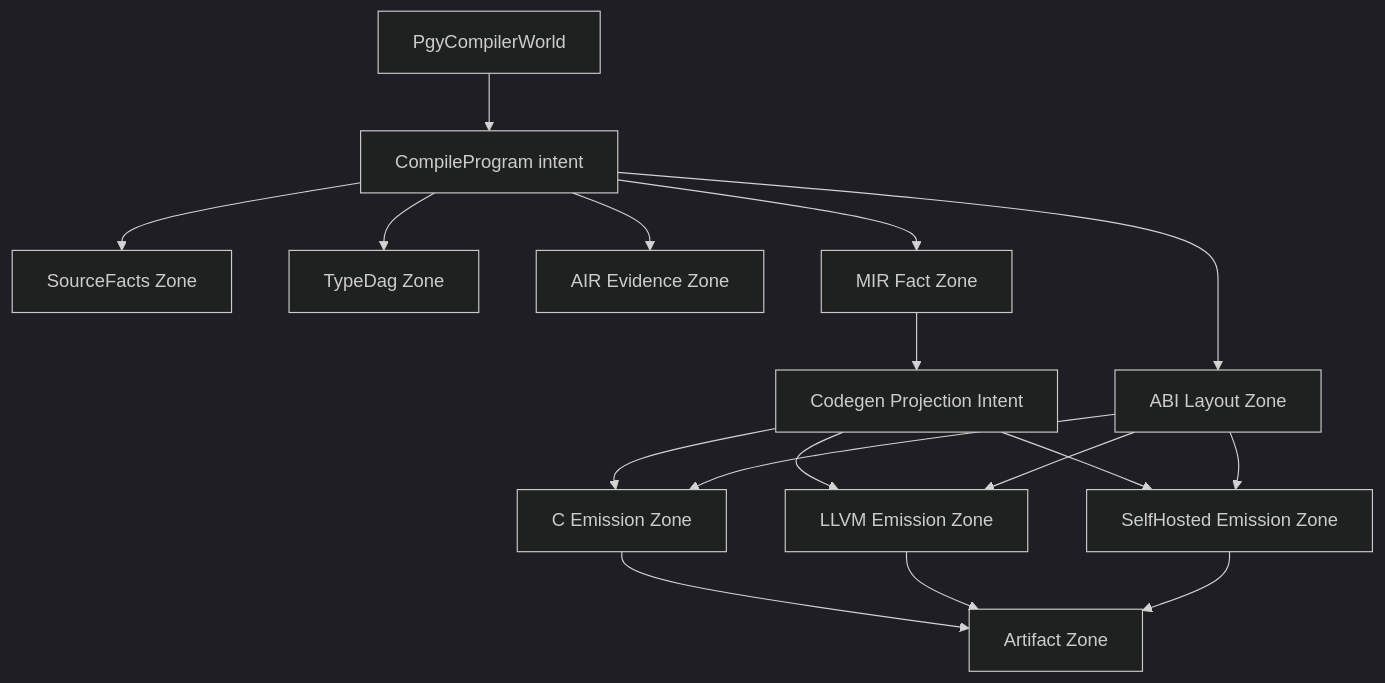
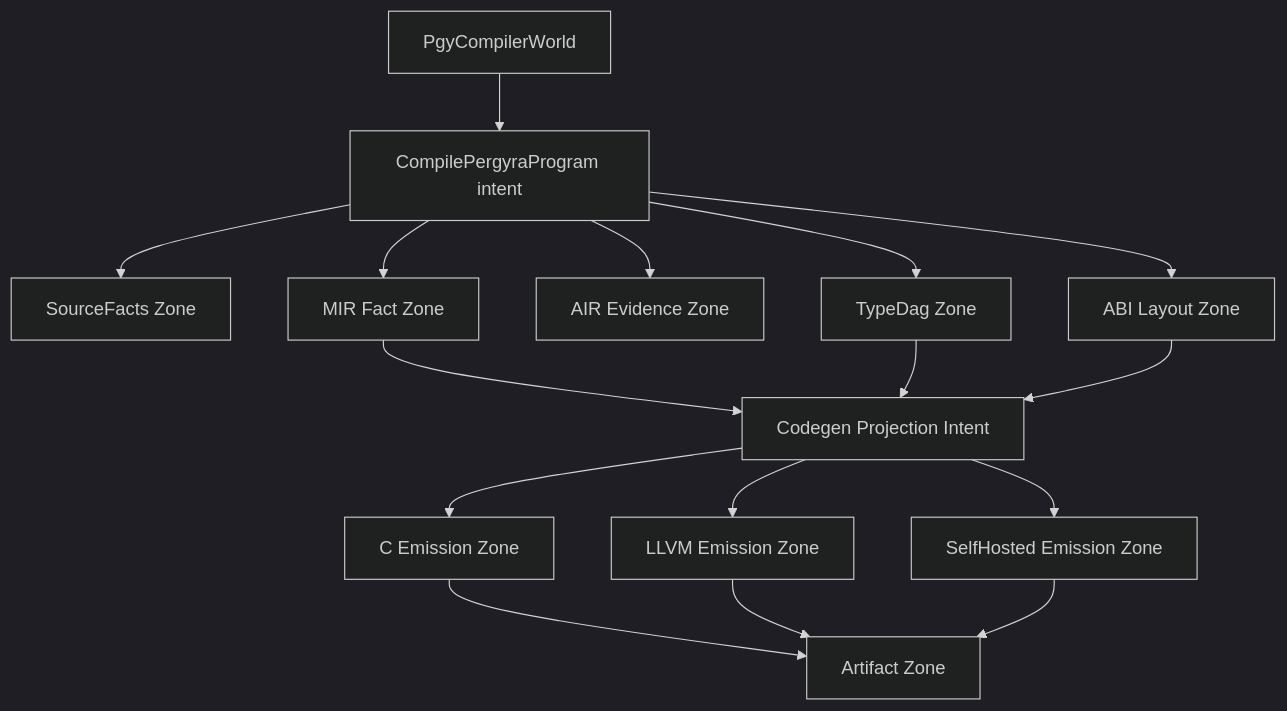
The diagram in docs/self_hosted/14_target_compiler_world.md (srtdog64/PergyraLang), drawn with Mermaid (dark theme) before and after one commit. The commit also changed other lines of this file and 15 other files, not shown here.

````diff
--- a/docs/self_hosted/14_target_compiler_world.md
+++ b/docs/self_hosted/14_target_compiler_world.md
@@ -9,27 +17,25 @@
 ```mermaid
 flowchart TD
     W["PgyCompilerWorld"]
-    I["CompileProgram intent"]
+    I["CompilePergyraProgram intent"]
 
     W --> I
 
     I --> SF["SourceFacts Zone"]
-    I --> TF["TypeDag Zone"]
-    I --> AF["AIR Evidence Zone"]
+    I --> TD["TypeDag Zone"]
+    I --> AE["AIR Evidence Zone"]
     I --> MF["MIR Fact Zone"]
-    I --> AB["ABI Layout Zone"]
+    I --> AL["ABI Layout Zone"]
 
     MF --> CG["Codegen Projection Intent"]
+    TD --> CG
+    AL --> CG
 
     CG --> CE["C Emission Zone"]
     CG --> LE["LLVM Emission Zone"]
     CG --> SE["SelfHosted Emission Zone"]
 
-    AB --> CE
-    AB --> LE
-    AB --> SE
-
-    CE --> ART["Artifact Zone"]
-    LE --> ART
-    SE --> ART
+    CE --> AZ["Artifact Zone"]
+    LE --> AZ
+    SE --> AZ
 ```
````
